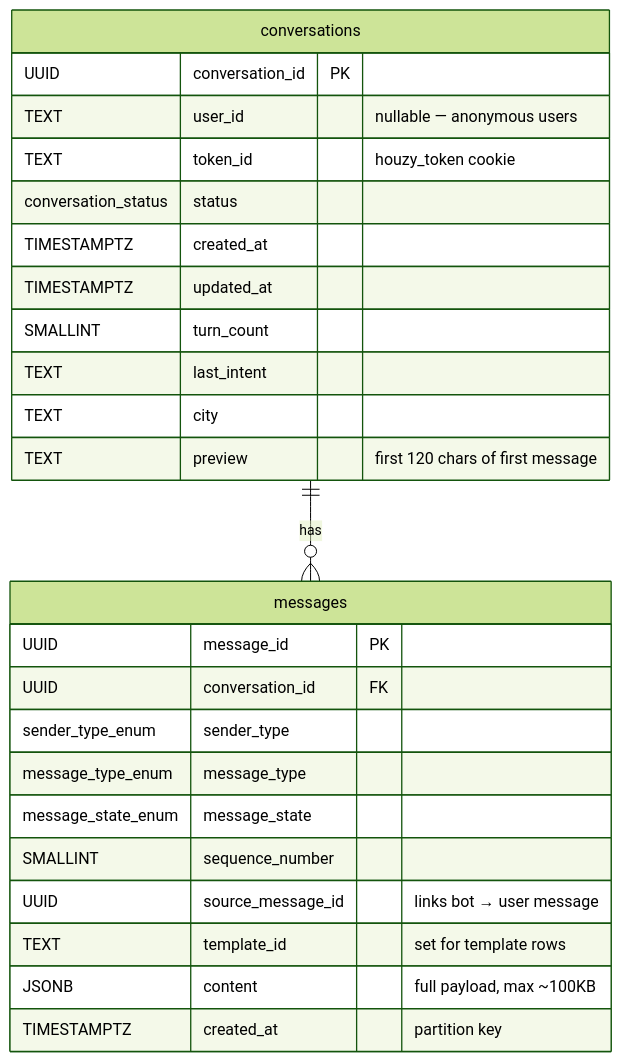
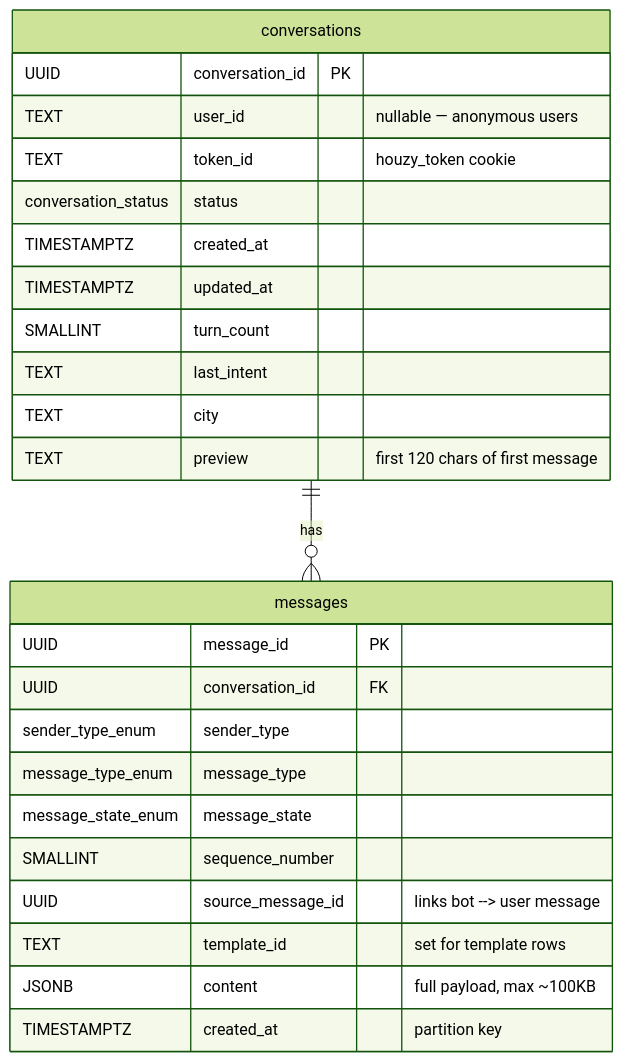
The first of 3 diagrams in docs/operations/db-schema.md (sachin-hg/chat-bot), drawn with Mermaid (forest theme) before and after one commit. The commit also changed other lines of this file and 15 other files, not shown here.

````diff
--- a/docs/operations/db-schema.md
+++ b/docs/operations/db-schema.md
@@ -22,30 +22,30 @@
 ```mermaid
 erDiagram
     conversations {
         UUID conversation_id PK
         TEXT user_id "nullable — anonymous users"
         TEXT token_id "houzy_token cookie"
         conversation_status status
         TIMESTAMPTZ created_at
         TIMESTAMPTZ updated_at
         SMALLINT turn_count
         TEXT last_intent
         TEXT city
         TEXT preview "first 120 chars of first message"
     }
 
     messages {
         UUID message_id PK
         UUID conversation_id FK
         sender_type_enum sender_type
         message_type_enum message_type
         message_state_enum message_state
         SMALLINT sequence_number
-        UUID source_message_id "links bot → user message"
+        UUID source_message_id "links bot --> user message"
         TEXT template_id "set for template rows"
         JSONB content "full payload, max ~100KB"
         TIMESTAMPTZ created_at "partition key"
     }
 
     conversations ||--o{ messages : "has"
 ```
````
